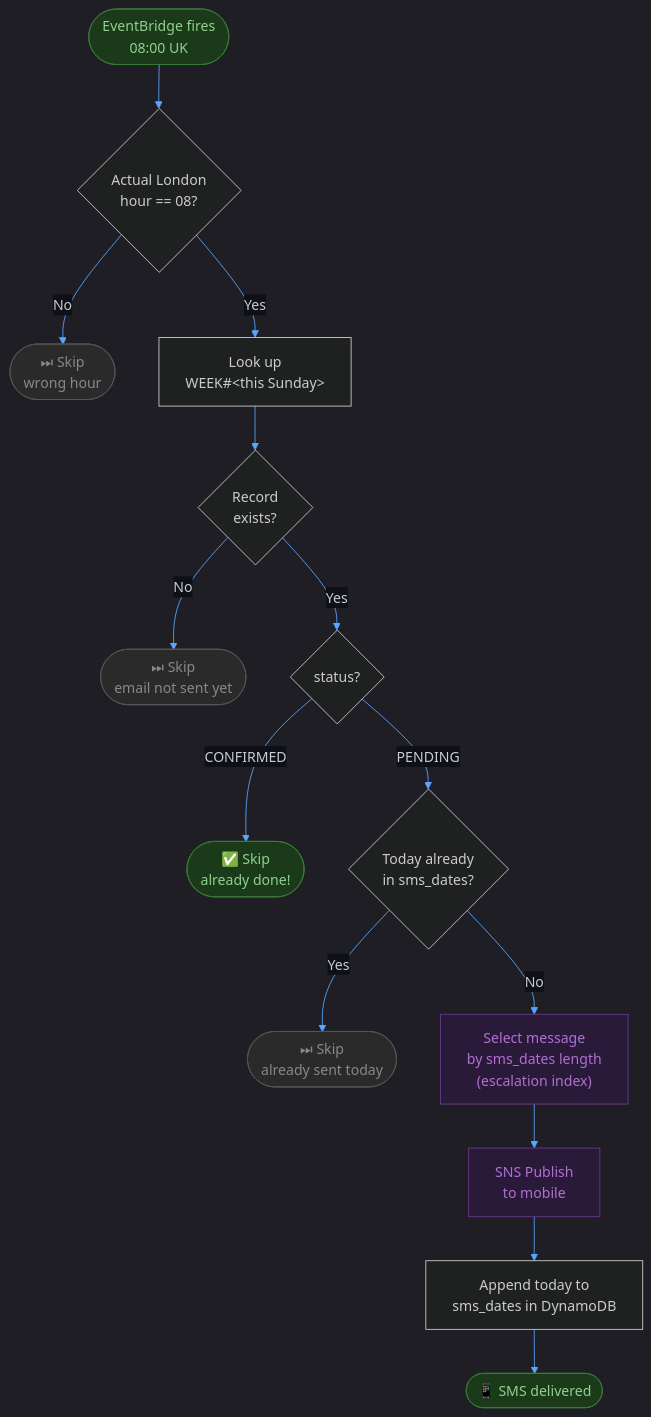
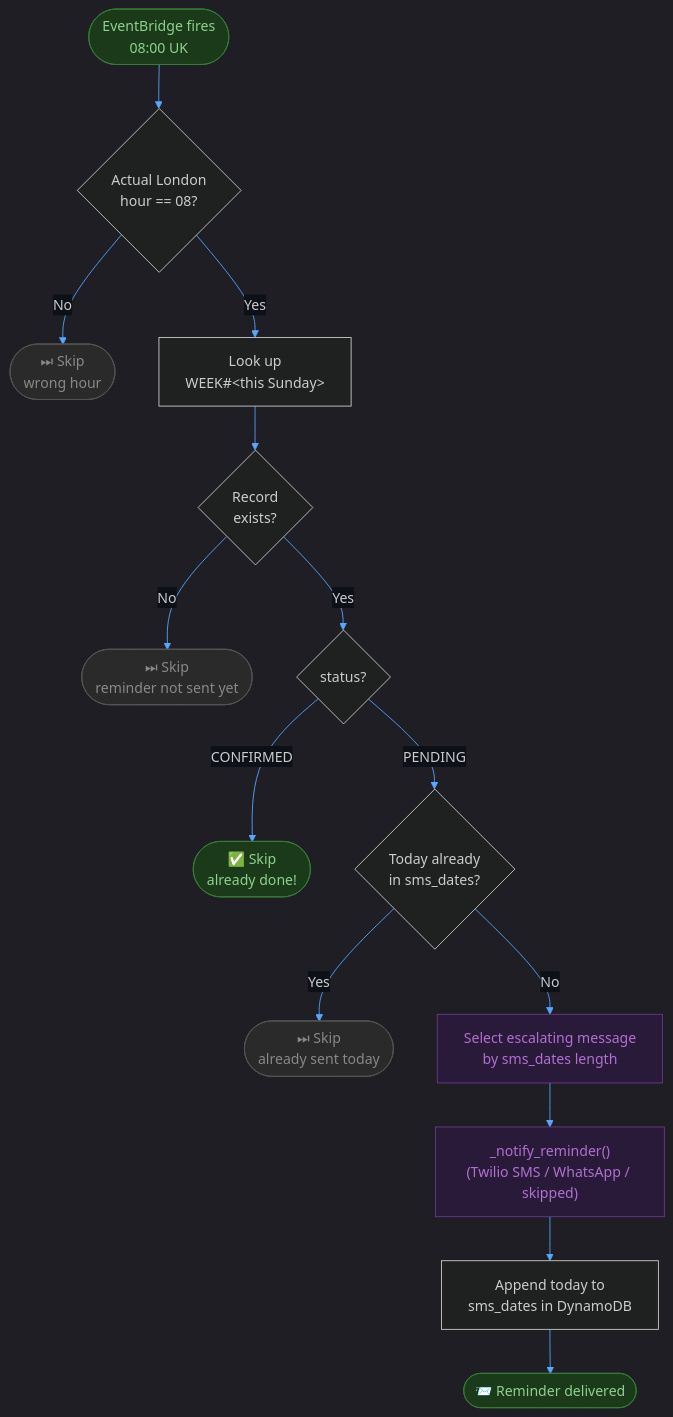
One commit to baldrickuk/washingmachine-notifications changed the fourth of 10 diagrams in docs/architecture.md. Above: the diagram before and after it, drawn with Mermaid. The commit also changed other lines of this file and 1 other file, not shown here.

First line of the commit message:
Update architecture and threat model docs

````diff
--- a/docs/architecture.md
+++ b/docs/architecture.md
@@ -127,32 +170,32 @@
 ```mermaid
 %%{init: {'theme': 'dark', 'themeVariables': {'primaryColor': '#1e3a5f', 'primaryTextColor': '#c9d1d9', 'primaryBorderColor': '#4a7ab5', 'lineColor': '#58a6ff', 'edgeLabelBackground': '#0d1117'}}}%%
 
 flowchart TD
     START([EventBridge fires\n08:00 UK]) --> GUARD{Actual London\nhour == 08?}
 
     GUARD -- No --> SKIP1(["⏭ Skip\nwrong hour"])
     GUARD -- Yes --> LOOKUP["Look up\nWEEK#&lt;this Sunday&gt;"]
 
     LOOKUP --> EXISTS{Record\nexists?}
-    EXISTS -- No --> SKIP2(["⏭ Skip\nemail not sent yet"])
+    EXISTS -- No --> SKIP2(["⏭ Skip\nreminder not sent yet"])
     EXISTS -- Yes --> STATUS{status?}
 
     STATUS -- CONFIRMED --> SKIP3(["✅ Skip\nalready done!"])
     STATUS -- PENDING --> DEDUP{Today already\nin sms_dates?}
 
     DEDUP -- Yes --> SKIP4(["⏭ Skip\nalready sent today"])
-    DEDUP -- No --> PICK["Select message\nby sms_dates length\n(escalation index)"]
+    DEDUP -- No --> PICK["Select escalating message\nby sms_dates length"]
 
-    PICK --> SEND["SNS Publish\nto mobile"]
+    PICK --> SEND["_notify_reminder()\n(Twilio SMS / WhatsApp / skipped)"]
     SEND --> UPDATE["Append today to\nsms_dates in DynamoDB"]
-    UPDATE --> DONE(["📱 SMS delivered"])
+    UPDATE --> DONE(["📨 Reminder delivered"])
 
     style START fill:#1a3a1a,stroke:#3a7a3a,color:#90d090
     style DONE  fill:#1a3a1a,stroke:#3a7a3a,color:#90d090
     style SKIP1 fill:#2a2a2a,stroke:#555,color:#888
     style SKIP2 fill:#2a2a2a,stroke:#555,color:#888
     style SKIP3 fill:#1a3a1a,stroke:#3a7a3a,color:#90d090
     style SKIP4 fill:#2a2a2a,stroke:#555,color:#888
     style PICK  fill:#2a1a3a,stroke:#6a3a8a,color:#b070d0
     style SEND  fill:#2a1a3a,stroke:#6a3a8a,color:#b070d0
 ```
````
